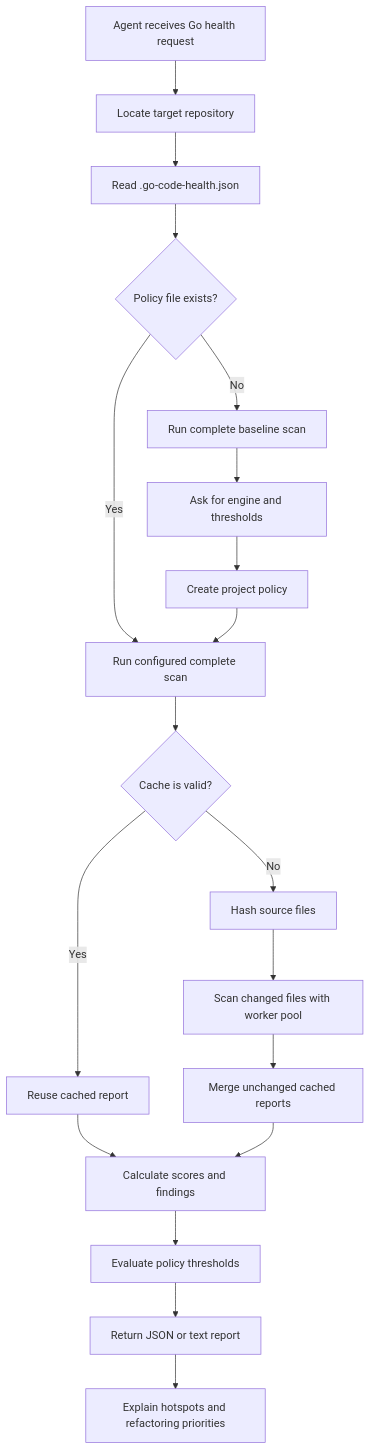
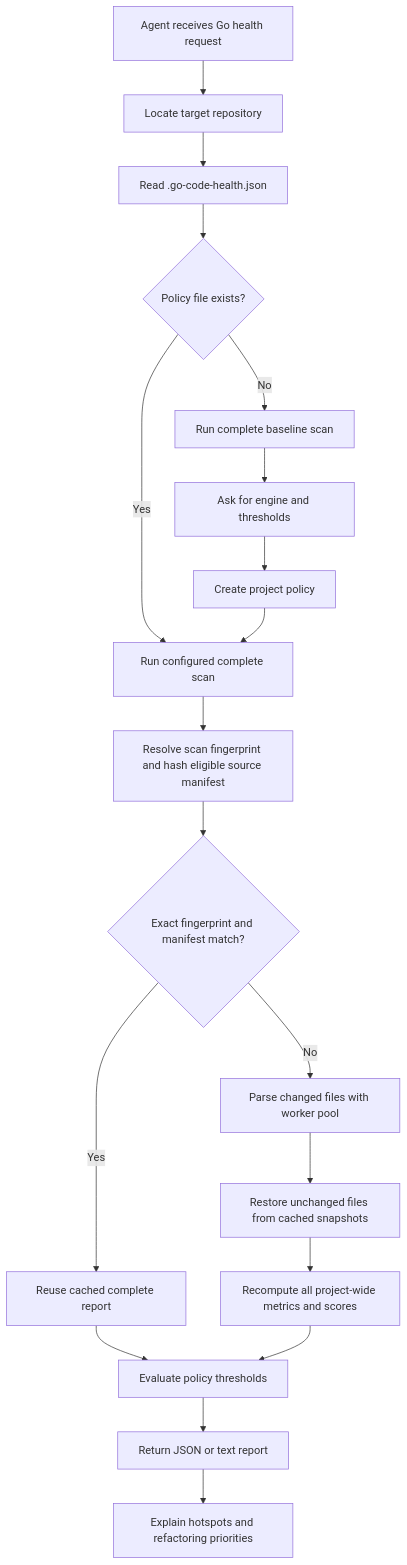
The diagram in README.md (sghaida/skills), drawn with Mermaid before and after one commit. The commit also changed other lines of this file and 22 other files, not shown here.

First line of the commit message:
fix(chnq): unify cold/cached/incremental scans behind one pipeline with semantic cache fingerprints (#1)

````diff
--- a/README.md
+++ b/README.md
@@ -45,21 +45,21 @@
 ```mermaid
 flowchart TD
     A[Agent receives Go health request] --> B[Locate target repository]
     B --> C[Read .go-code-health.json]
     C --> D{Policy file exists?}
     D -->|No| E[Run complete baseline scan]
     E --> F[Ask for engine and thresholds]
     F --> G[Create project policy]
     D -->|Yes| H[Run configured complete scan]
     G --> H
-    H --> I{Cache is valid?}
-    I -->|Yes| J[Reuse cached report]
-    I -->|No| K[Hash source files]
-    K --> L[Scan changed files with worker pool]
-    L --> M[Merge unchanged cached reports]
-    J --> N[Calculate scores and findings]
-    M --> N
-    N --> O[Evaluate policy thresholds]
+    H --> I[Resolve scan fingerprint and hash eligible source manifest]
+    I --> K{Exact fingerprint and manifest match?}
+    K -->|Yes| J[Reuse cached complete report]
+    K -->|No| L[Parse changed files with worker pool]
+    L --> M[Restore unchanged files from cached snapshots]
+    M --> N[Recompute all project-wide metrics and scores]
+    J --> O[Evaluate policy thresholds]
+    N --> O
     O --> P[Return JSON or text report]
     P --> Q[Explain hotspots and refactoring priorities]
 ```
````
